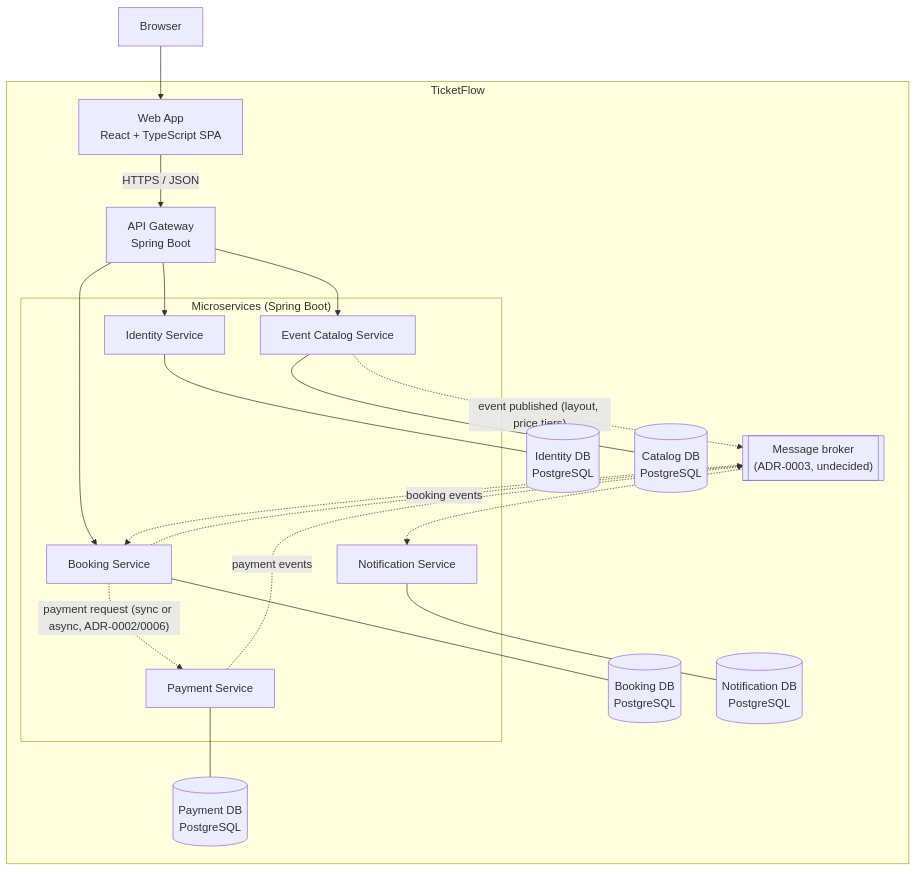
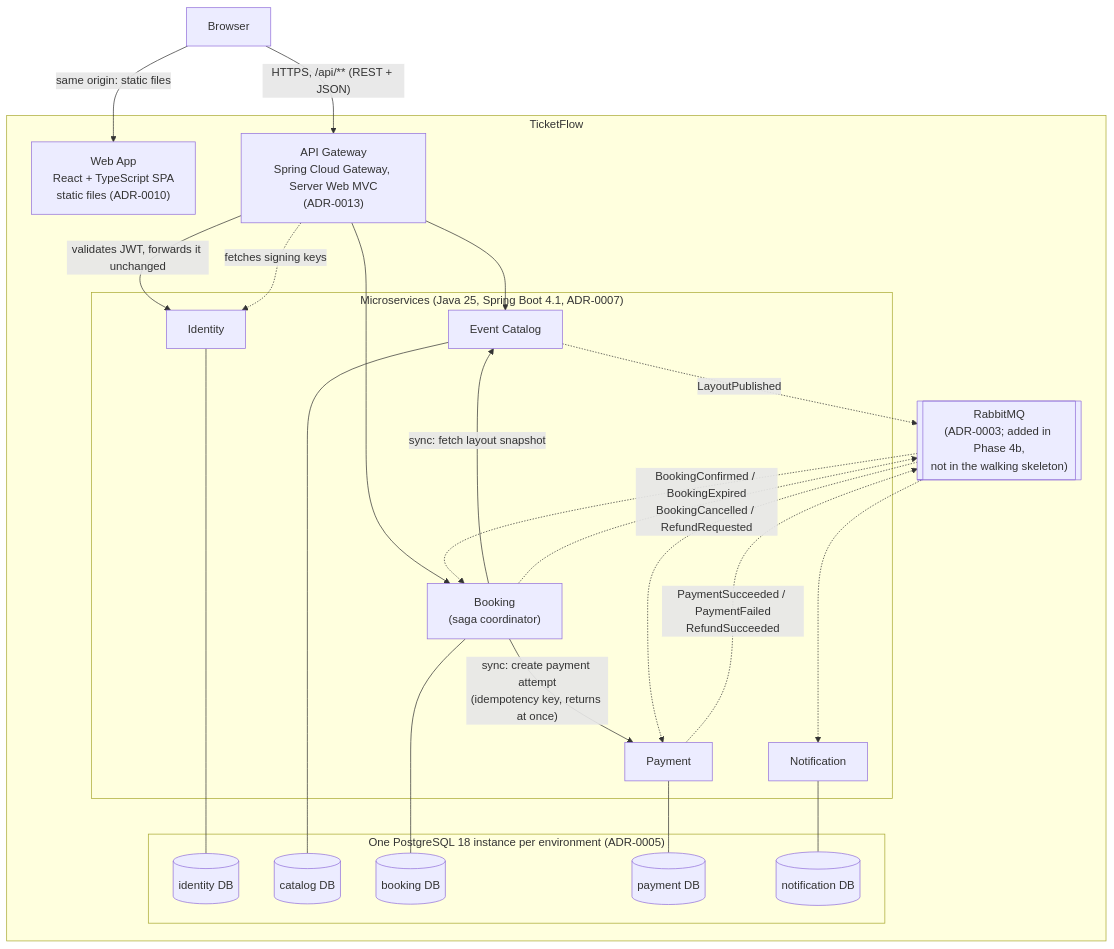
One commit to Saidkxon/ticketflow changed the second of 3 diagrams in docs/architecture/01-system-context-and-containers.md. Above: the diagram before and after it, drawn with Mermaid. The commit also changed other lines of this file and 5 other files, not shown here.

Commit message:
docs: consolidation fixes across ADRs, charter v1.1, architecture v2

````diff
--- a/docs/architecture/01-system-context-and-containers.md
+++ b/docs/architecture/01-system-context-and-containers.md
@@ -33,44 +34,50 @@
 ```mermaid
 flowchart TB
     browser["Browser"]
 
     subgraph TicketFlow
-        web["Web App<br/>React + TypeScript SPA"]
-        gw["API Gateway<br/>Spring Boot"]
+        web["Web App<br/>React + TypeScript SPA<br/>static files (ADR-0010)"]
+        gw["API Gateway<br/>Spring Cloud Gateway, Server Web MVC<br/>(ADR-0013)"]
 
-        subgraph services["Microservices (Spring Boot)"]
-            idsvc["Identity Service"]
-            catsvc["Event Catalog Service"]
-            booksvc["Booking Service"]
-            paysvc["Payment Service"]
-            notifsvc["Notification Service"]
+        subgraph services["Microservices (Java 25, Spring Boot 4.1, ADR-0007)"]
+            idsvc["Identity"]
+            catsvc["Event Catalog"]
+            booksvc["Booking<br/>(saga coordinator)"]
+            paysvc["Payment"]
+            notifsvc["Notification"]
         end
 
-        broker[["Message broker<br/>(ADR-0003, undecided)"]]
+        broker[["RabbitMQ<br/>(ADR-0003; added in Phase 4b,<br/>not in the walking skeleton)"]]
 
-        iddb[("Identity DB<br/>PostgreSQL")]
-        catdb[("Catalog DB<br/>PostgreSQL")]
-        bookdb[("Booking DB<br/>PostgreSQL")]
-        paydb[("Payment DB<br/>PostgreSQL")]
-        notifdb[("Notification DB<br/>PostgreSQL")]
+        subgraph pg["One PostgreSQL 18 instance per environment (ADR-0005)"]
+            iddb[("identity DB")]
+            catdb[("catalog DB")]
+            bookdb[("booking DB")]
+            paydb[("payment DB")]
+            notifdb[("notification DB")]
+        end
     end
 
-    browser --> web
-    web -->|"HTTPS / JSON"| gw
-    gw --> idsvc
+    browser -->|"same origin: static files"| web
+    browser -->|"HTTPS, /api/** (REST + JSON)"| gw
+    gw -->|"validates JWT, forwards it unchanged"| idsvc
     gw --> catsvc
     gw --> booksvc
 
     idsvc --- iddb
     catsvc --- catdb
     booksvc --- bookdb
     paysvc --- paydb
     notifsvc --- notifdb
 
-    booksvc -.->|"payment request (sync or async, ADR-0002/0006)"| paysvc
-    catsvc -.->|"event published (layout, price tiers)"| broker
-    booksvc -.->|"booking events"| broker
-    paysvc -.->|"payment events"| broker
+    gw -.->|"fetches signing keys"| idsvc
+    booksvc -->|"sync: create payment attempt<br/>(idempotency key, returns at once)"| paysvc
+    booksvc -->|"sync: fetch layout snapshot"| catsvc
+
+    catsvc -.->|"LayoutPublished"| broker
+    paysvc -.->|"PaymentSucceeded / PaymentFailed<br/>RefundSucceeded"| broker
+    booksvc -.->|"BookingConfirmed / BookingExpired<br/>BookingCancelled / RefundRequested"| broker
     broker -.-> booksvc
+    broker -.-> paysvc
     broker -.-> notifsvc
 ```
````
